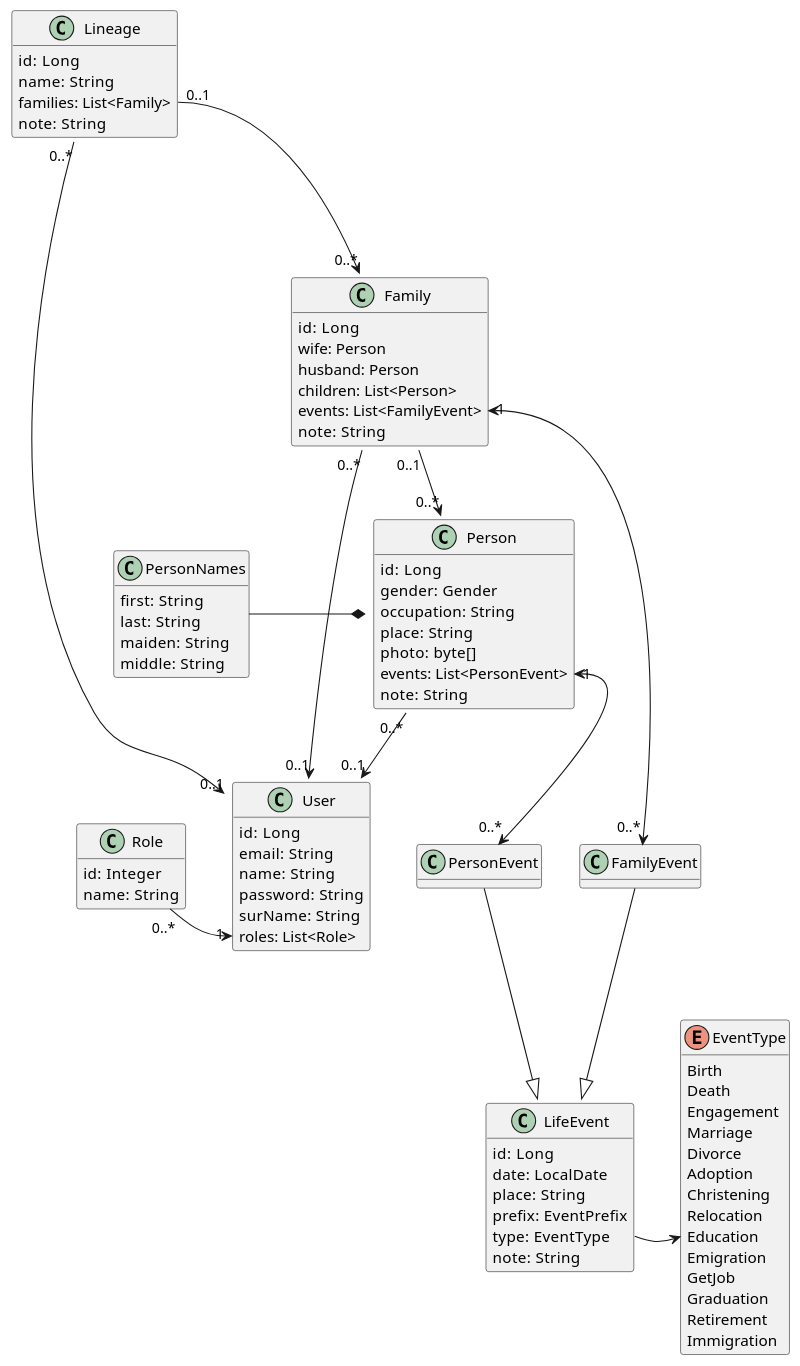
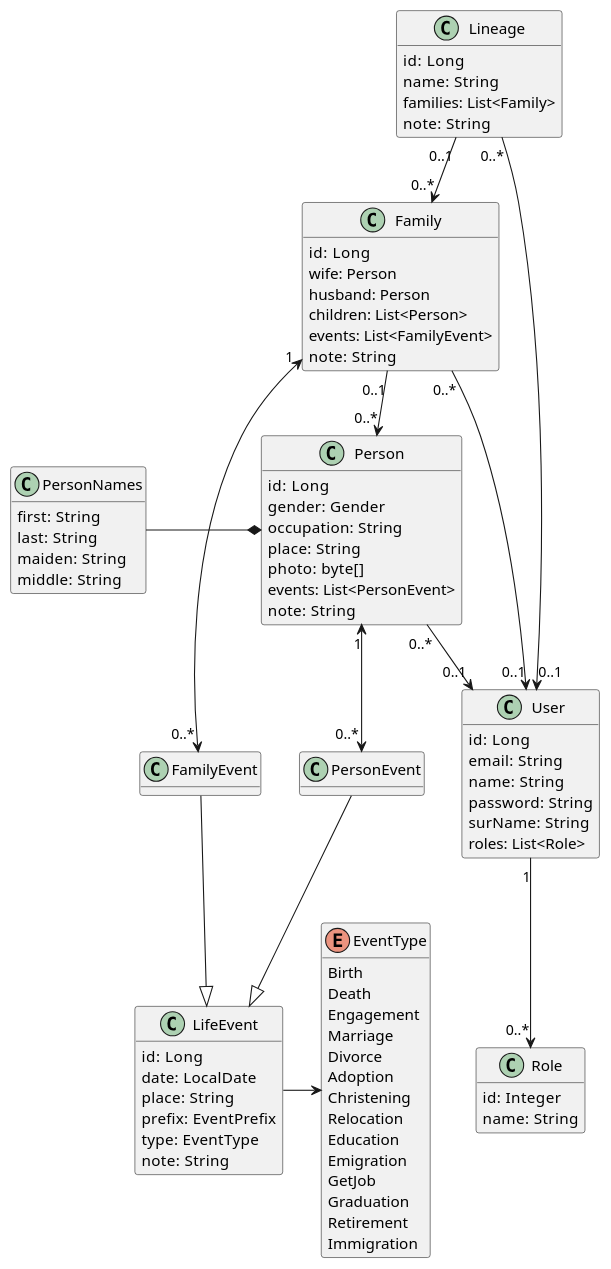
Before and after one commit to koldyr/genealogy: the diagram in model/lineage-domain.plantuml, drawn with PlantUML. The commit also changed 6 other files, not shown here.

```diff
--- a/model/lineage-domain.plantuml
+++ b/model/lineage-domain.plantuml
@@ -1,92 +1,92 @@
 @startuml
 
 'top to bottom direction
 'skinparam linetype ortho
 hide methods
 
 class Lineage {
    id:  Long
    name:  String
    families: List<Family>
    note:  String
 }
 
 class Family {
    id:  Long 
    wife: Person
    husband: Person
    children: List<Person>
    events: List<FamilyEvent>
    note:  String
 }
 
 class Person {
    id:  Long
    gender:  Gender
    occupation:  String
    place:  String
    photo:  byte[]
    events: List<PersonEvent>
    note:  String
 }
 class PersonNames {
    first:  String
    last:  String
    maiden:  String
    middle:  String
 }
 
 class LifeEvent {
    id:  Long
    date:  LocalDate
    place:  String
    prefix:  EventPrefix
    type:  EventType
    note:  String
 }
 class FamilyEvent
 class PersonEvent
 
 enum EventType {
     Birth
     Death
     Engagement
     Marriage
     Divorce
     Adoption
     Christening
     Relocation
     Education
     Emigration
     GetJob
     Graduation
     Retirement
     Immigration
 }
 
 class User {
    id:  Long 
    email:  String 
    name:  String 
    password:  String 
    surName:  String
    roles: List<Role>
 }
 class Role {
    id:  Integer
    name:  String
 }
 
-Lineage::families   "0..1"  --->    "0..*" Family
-Lineage             "0..*"  -->     "0..1" User
-Family::events      "1"     <--->   "0..*" FamilyEvent
-Family              "0..1"  -->     "0..*" Person
-Family              "0..*"  -->     "0..1" User
-FamilyEvent                 --^            LifeEvent
-Person              "0..*"  -->     "0..1" User
-PersonNames                 -*             Person
-PersonEvent                 --^            LifeEvent
-Person::events      "1"     <-->    "0..*" PersonEvent
-Role                "0..*"  ->      "1"    User::roles
-LifeEvent::type             ->             EventType
+Lineage         "0..1"  -->     "0..*" Family
+Lineage         "0..*"  -->     "0..1" User
+Family          "1"     <--->   "0..*" FamilyEvent
+Family          "0..1"  -->     "0..*" Person
+Family          "0..*"  -->     "0..1" User
+FamilyEvent             --^            LifeEvent
+Person          "0..*"  -->     "0..1" User
+PersonNames             -*             Person
+PersonEvent             --^            LifeEvent
+Person          "1"     <-->    "0..*" PersonEvent
+User           "1"     -->      "0..*" Role
+LifeEvent               ->             EventType
 @enduml
```
